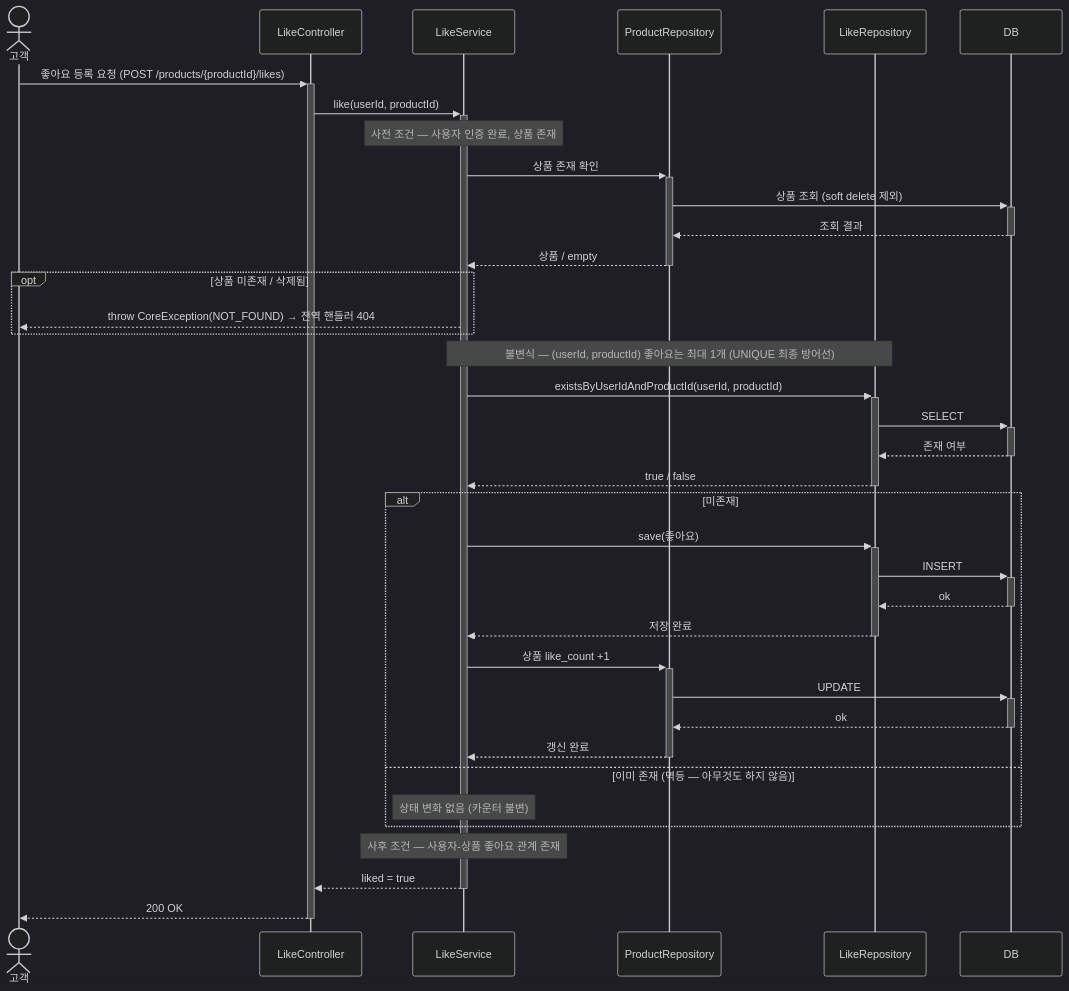
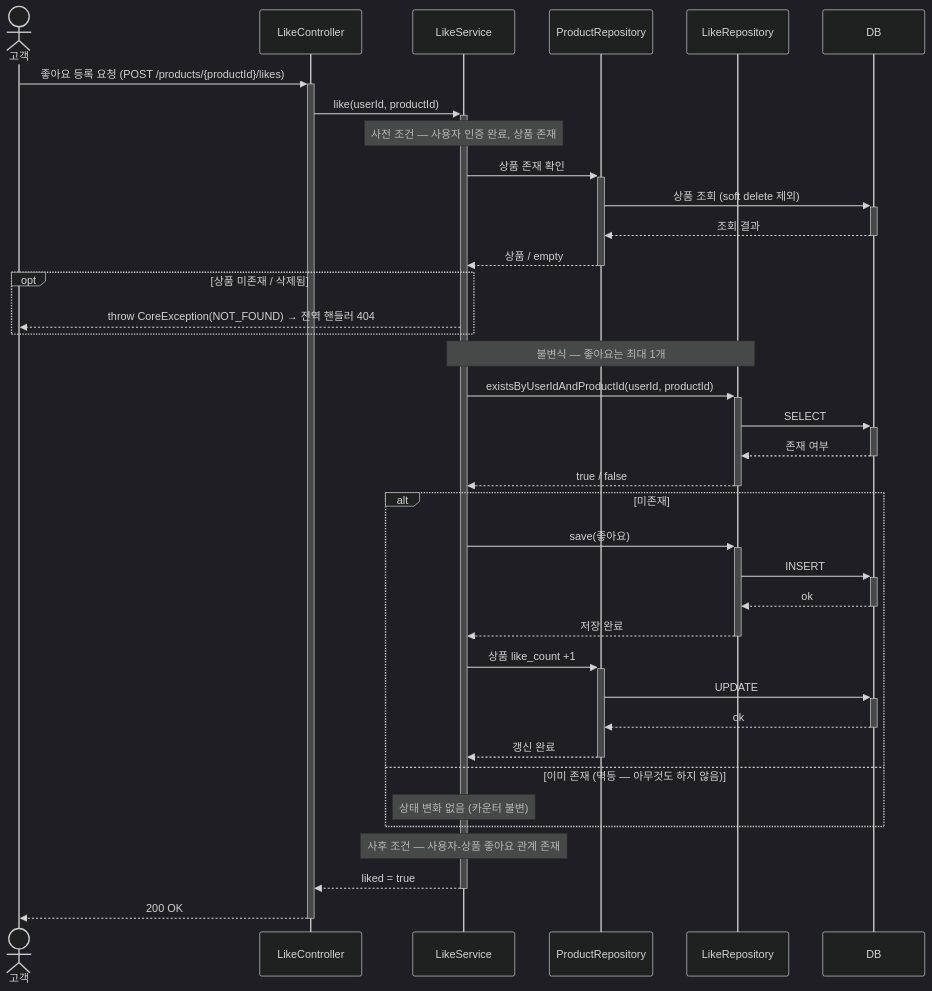
Before and after one commit to loopers-labs/loop-pack-be-l2-vol4-java: the second of 3 diagrams in .docs/design/02-sequence-diagrams.md, drawn with Mermaid (dark theme). The commit also changed other lines of this file and 3 other files, not shown here.

First line of the commit message:
docs: 2주차 설계 문서 정리 — 스코프 축소 및 다이어그램 정합

````diff
--- a/.docs/design/02-sequence-diagrams.md
+++ b/.docs/design/02-sequence-diagrams.md
@@ -75,40 +60,40 @@
 ```mermaid
 sequenceDiagram
     actor C as 고객
     participant Ctl as LikeController
     participant S as LikeService
     participant PR as ProductRepository
     participant LR as LikeRepository
     participant DB as DB
 
     C->>+Ctl: 좋아요 등록 요청 (POST /products/{productId}/likes)
     Ctl->>+S: like(userId, productId)
     Note over S: 사전 조건 — 사용자 인증 완료, 상품 존재
     S->>+PR: 상품 존재 확인
     PR->>+DB: 상품 조회 (soft delete 제외)
     DB-->>-PR: 조회 결과
     PR-->>-S: 상품 / empty
     opt 상품 미존재 / 삭제됨
         S-->>C: throw CoreException(NOT_FOUND) → 전역 핸들러 404
     end
-    Note over S,LR: 불변식 — (userId, productId) 좋아요는 최대 1개 (UNIQUE 최종 방어선)
+    Note over S,LR: 불변식 — 좋아요는 최대 1개
     S->>+LR: existsByUserIdAndProductId(userId, productId)
     LR->>+DB: SELECT
     DB-->>-LR: 존재 여부
     LR-->>-S: true / false
     alt 미존재
         S->>+LR: save(좋아요)
         LR->>+DB: INSERT
         DB-->>-LR: ok
         LR-->>-S: 저장 완료
         S->>+PR: 상품 like_count +1
         PR->>+DB: UPDATE
         DB-->>-PR: ok
         PR-->>-S: 갱신 완료
     else 이미 존재 (멱등 — 아무것도 하지 않음)
         Note over S: 상태 변화 없음 (카운터 불변)
     end
     Note over S: 사후 조건 — 사용자-상품 좋아요 관계 존재
     S-->>-Ctl: liked = true
     Ctl-->>-C: 200 OK
 ```
````
